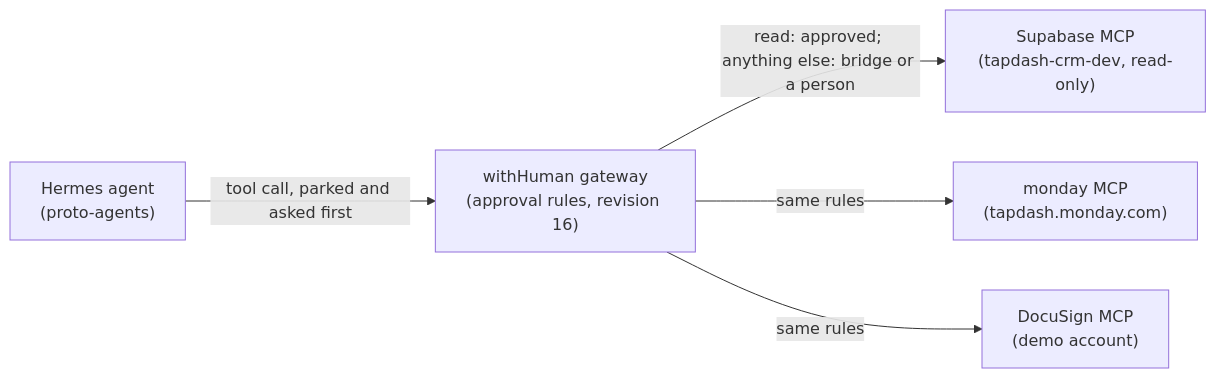
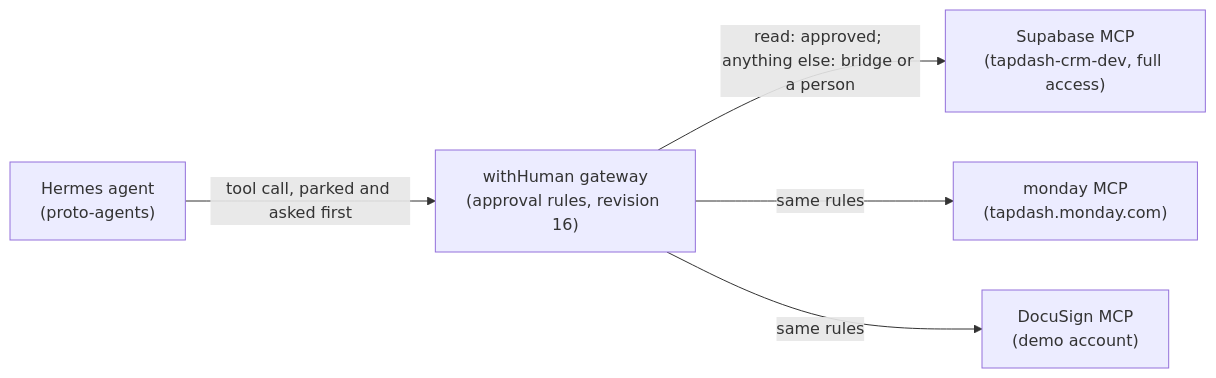
Before and after one commit to TapDashPayments/TapDash-Agents: the third of 4 diagrams in durable-park/docs/gateway-setup.md, drawn with Mermaid. The commit also changed other lines of this file, not shown here.

First line of the commit message:
Docs: Supabase CRM dev gateway server now has full access (writes ask a person)

````diff
--- a/durable-park/docs/gateway-setup.md
+++ b/durable-park/docs/gateway-setup.md
@@ -172,7 +172,7 @@
 ```mermaid
 flowchart LR
   agent["Hermes agent<br/>(proto-agents)"] -->|"tool call, parked and asked first"| wh["withHuman gateway<br/>(approval rules, revision 16)"]
-  wh -->|"read: approved; anything else: bridge or a person"| sb["Supabase MCP<br/>(tapdash-crm-dev, read-only)"]
+  wh -->|"read: approved; anything else: bridge or a person"| sb["Supabase MCP<br/>(tapdash-crm-dev, full access)"]
   wh -->|"same rules"| mo["monday MCP<br/>(tapdash.monday.com)"]
   wh -->|"same rules"| ds["DocuSign MCP<br/>(demo account)"]
 ```
````
